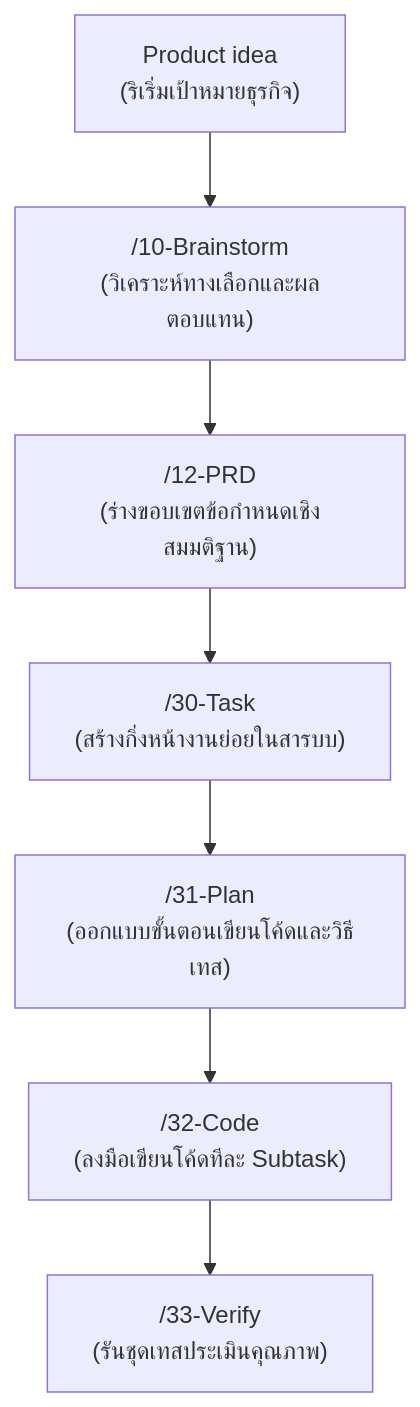
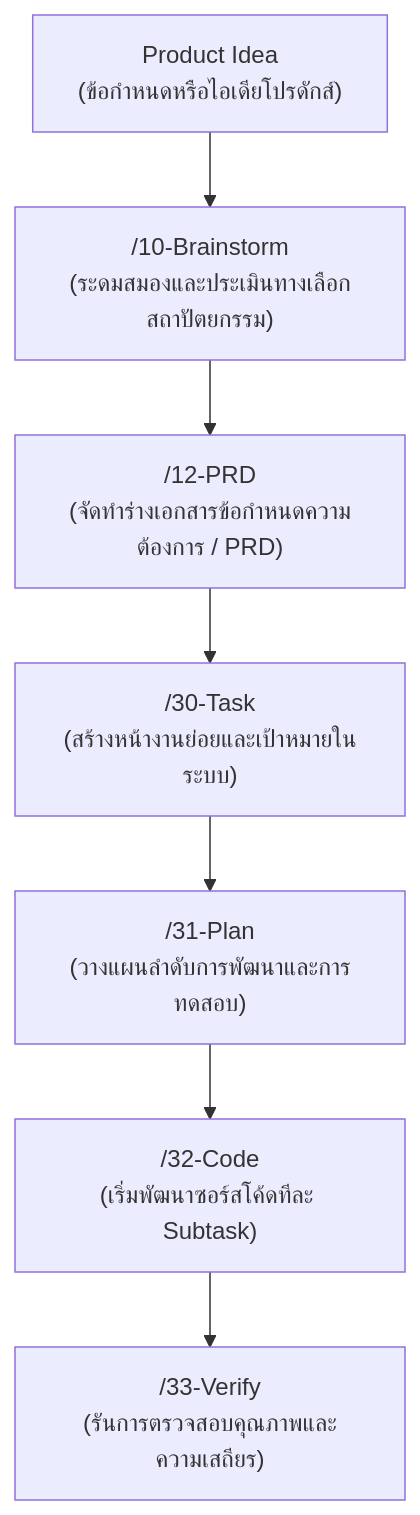
Before and after one commit to Jakkrich/nexus-devflow: the fourth of 6 diagrams in README.md, drawn with Mermaid. The commit also changed other lines of this file, not shown here.

````diff
--- a/README.md
+++ b/README.md
@@ -264,17 +264,17 @@
 ```mermaid
 flowchart TD
-    Idea["Product idea<br/>(ริเริ่มเป้าหมายธุรกิจ)"]
-    Brainstorm["/10-Brainstorm<br/>(วิเคราะห์ทางเลือกและผลตอบแทน)"]
-    PRD["/12-PRD<br/>(ร่างขอบเขตข้อกำหนดเชิงสมมติฐาน)"]
-    Task["/30-Task<br/>(สร้างกิ่งหน้างานย่อยในสารบบ)"]
-    Plan["/31-Plan<br/>(ออกแบบขั้นตอนเขียนโค้ดและวิธีเทส)"]
-    Code["/32-Code<br/>(ลงมือเขียนโค้ดทีละ Subtask)"]
-    Verify["/33-Verify<br/>(รันชุดเทสประเมินคุณภาพ)"]
+    Idea["Product Idea<br/>(ข้อกำหนดหรือไอเดียโปรดักส์)"]
+    Brainstorm["/10-Brainstorm<br/>(ระดมสมองและประเมินทางเลือกสถาปัตยกรรม)"]
+    PRD["/12-PRD<br/>(จัดทำร่างเอกสารข้อกำหนดความต้องการ / PRD)"]
+    Task["/30-Task<br/>(สร้างหน้างานย่อยและเป้าหมายในระบบ)"]
+    Plan["/31-Plan<br/>(วางแผนลำดับการพัฒนาและการทดสอบ)"]
+    Code["/32-Code<br/>(เริ่มพัฒนาซอร์สโค้ดทีละ Subtask)"]
+    Verify["/33-Verify<br/>(รันการตรวจสอบคุณภาพและความเสถียร)"]
  
     Idea --> Brainstorm
     Brainstorm --> PRD
     PRD --> Task
     Task --> Plan
     Plan --> Code
     Code --> Verify
 ```
````
